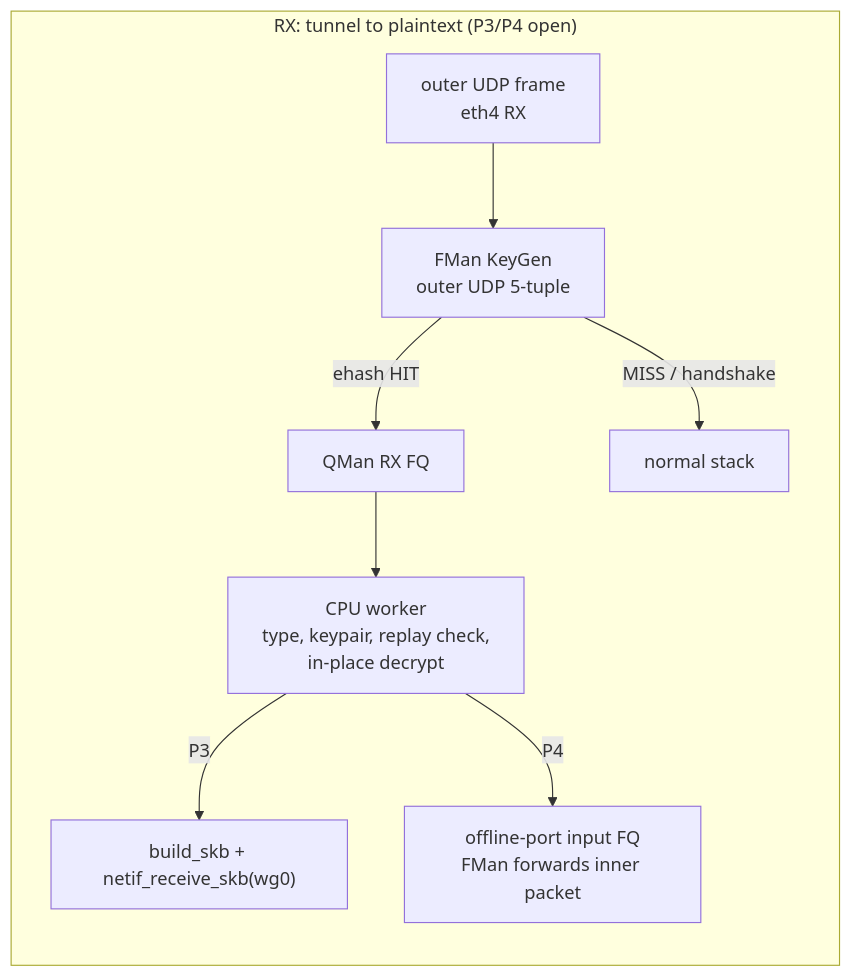
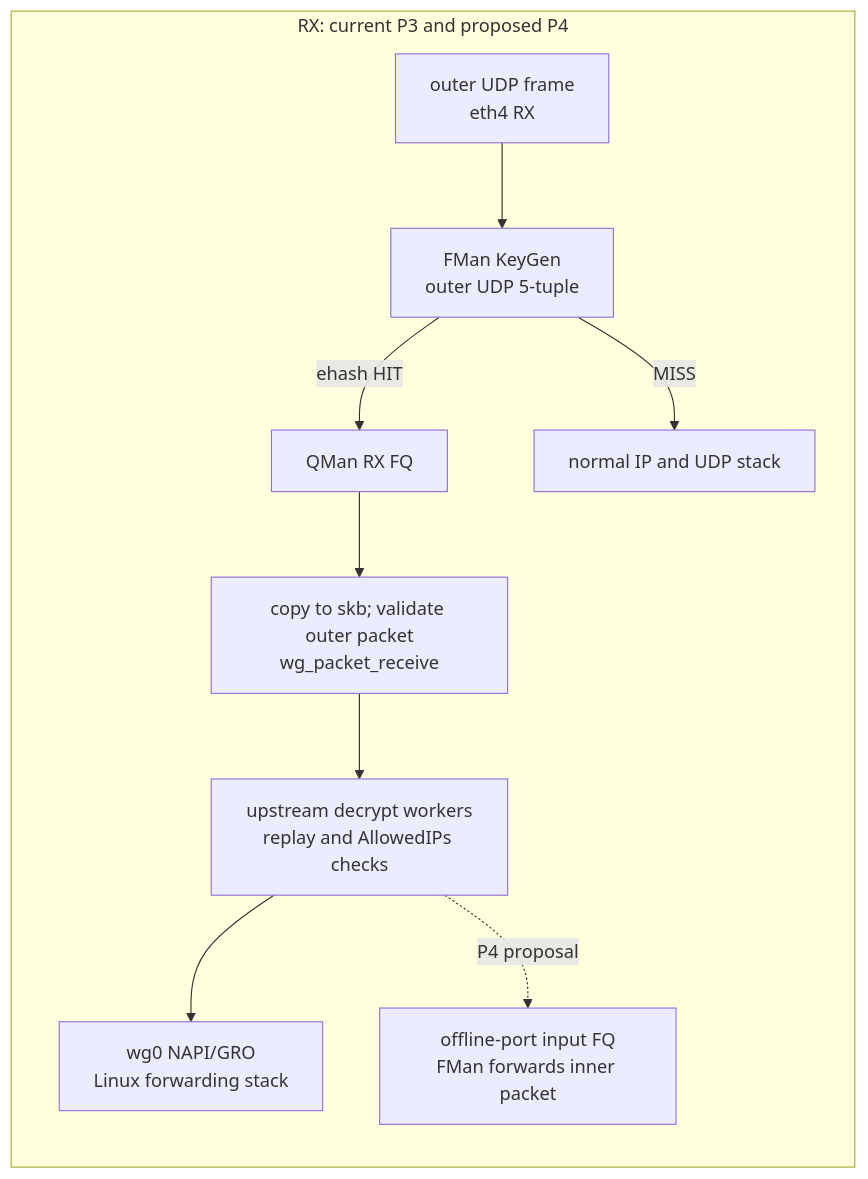
One commit to mihakralj/vyos-ls1046a-build changed the second of 2 diagrams in plans/ASK2-WIREGUARD-FASTPATH-PLAN.md. Above: the diagram before and after it, drawn with Mermaid. The commit also changed other lines of this file and 19 other files, not shown here.

````diff
--- a/plans/ASK2-WIREGUARD-FASTPATH-PLAN.md
+++ b/plans/ASK2-WIREGUARD-FASTPATH-PLAN.md
@@ -36,11 +38,12 @@
 ```mermaid
 flowchart LR
-    subgraph RX["RX: tunnel to plaintext (P3/P4 open)"]
+    subgraph RX["RX: current P3 and proposed P4"]
         A2["outer UDP frame<br/>eth4 RX"] --> B2["FMan KeyGen<br/>outer UDP 5-tuple"]
         B2 -->|"ehash HIT"| C2["QMan RX FQ"]
-        B2 -->|"MISS / handshake"| S2["normal stack"]
-        C2 --> D2["CPU worker<br/>type, keypair, replay check,<br/>in-place decrypt"]
-        D2 -->|"P3"| E2["build_skb + netif_receive_skb(wg0)"]
-        D2 -->|"P4"| F2["offline-port input FQ<br/>FMan forwards inner packet"]
+        B2 -->|"MISS"| S2["normal IP and UDP stack"]
+        C2 --> D2["copy to skb; validate outer packet<br/>wg_packet_receive"]
+        D2 --> E2["upstream decrypt workers<br/>replay and AllowedIPs checks"]
+        E2 --> G2["wg0 NAPI/GRO<br/>Linux forwarding stack"]
+        E2 -. "P4 proposal" .-> F2["offline-port input FQ<br/>FMan forwards inner packet"]
     end
 ```
````
